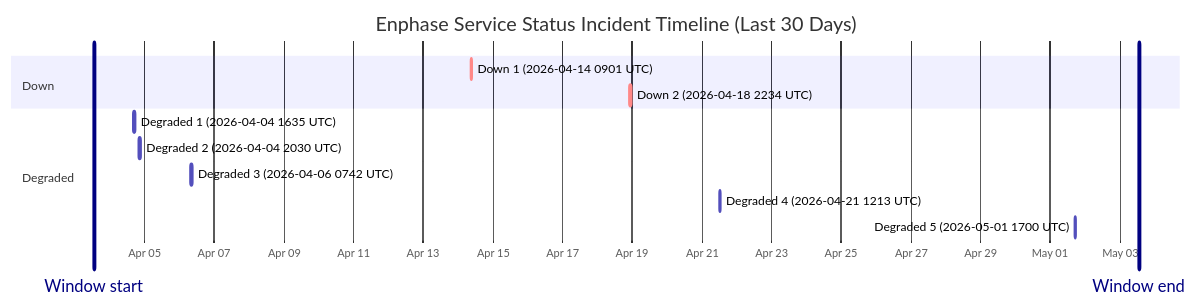
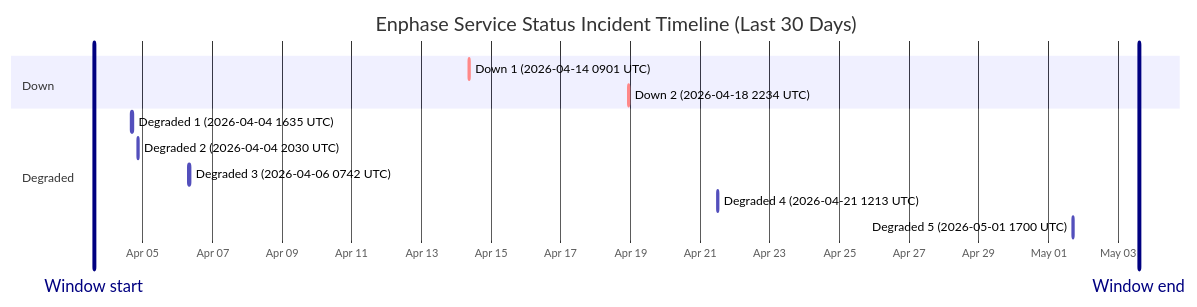
The diagram in wiki/Service-Status-History.md (barneyonline/ha-enphase-ev-charger), drawn with Mermaid before and after one commit. The commit also changed other lines of this file and 3 other files, not shown here.

````diff
--- a/wiki/Service-Status-History.md
+++ b/wiki/Service-Status-History.md
@@ -14,17 +14,17 @@
 ```mermaid
 gantt
     title Enphase Service Status Incident Timeline (Last 30 Days)
     dateFormat  YYYY-MM-DDTHH:mm:ss
     axisFormat  %b %d
-    Window start :vert, window-start, 2026-04-03T13:07:55, 0ms
-    Window end :vert, window-end, 2026-05-03T13:07:55, 0ms
+    Window start :vert, window-start, 2026-04-03T14:28:07, 0ms
+    Window end :vert, window-end, 2026-05-03T14:28:07, 0ms
     section Down
     Down 1 (2026-04-14 0901 UTC) :crit, down-1, 2026-04-14T09:01:13, 60m
     Down 2 (2026-04-18 2234 UTC) :crit, down-2, 2026-04-18T22:34:13, 60m
     section Degraded
     Degraded 1 (2026-04-04 1635 UTC) :active, degraded-1, 2026-04-04T16:35:17, 60m
     Degraded 2 (2026-04-04 2030 UTC) :active, degraded-2, 2026-04-04T20:30:40, 60m
     Degraded 3 (2026-04-06 0742 UTC) :active, degraded-3, 2026-04-06T07:42:09, 85m
     Degraded 4 (2026-04-21 1213 UTC) :active, degraded-4, 2026-04-21T12:13:11, 60m
     Degraded 5 (2026-05-01 1700 UTC) :active, degraded-5, 2026-05-01T17:00:22, 60m
 ```
````
